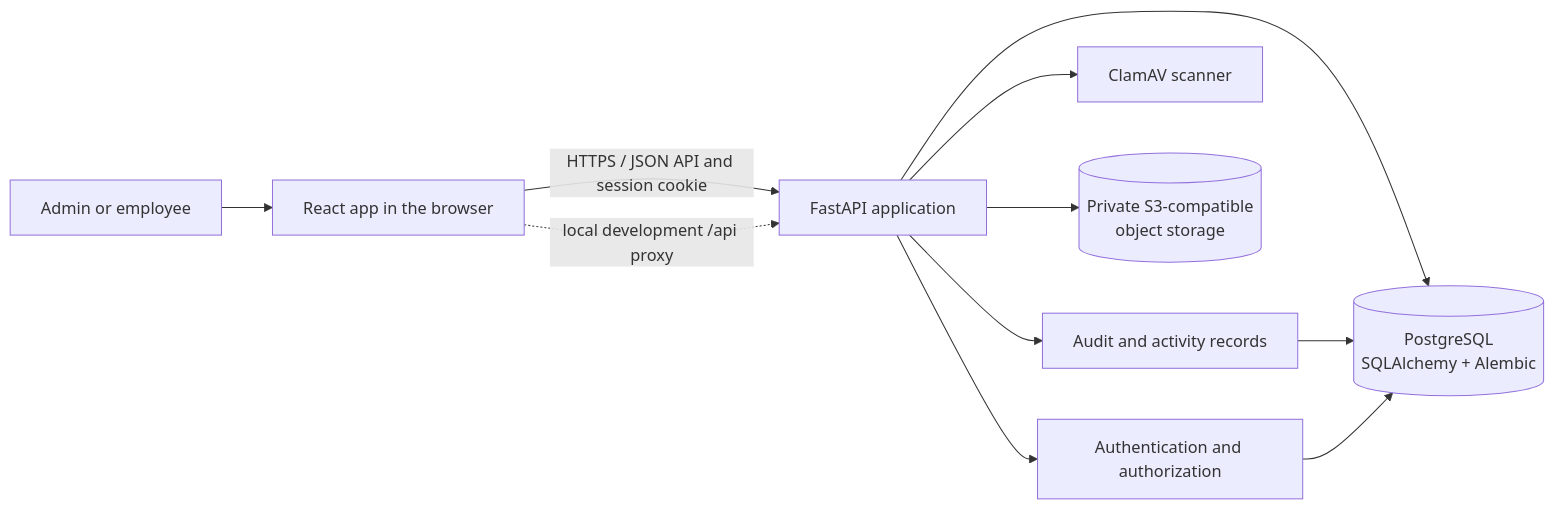
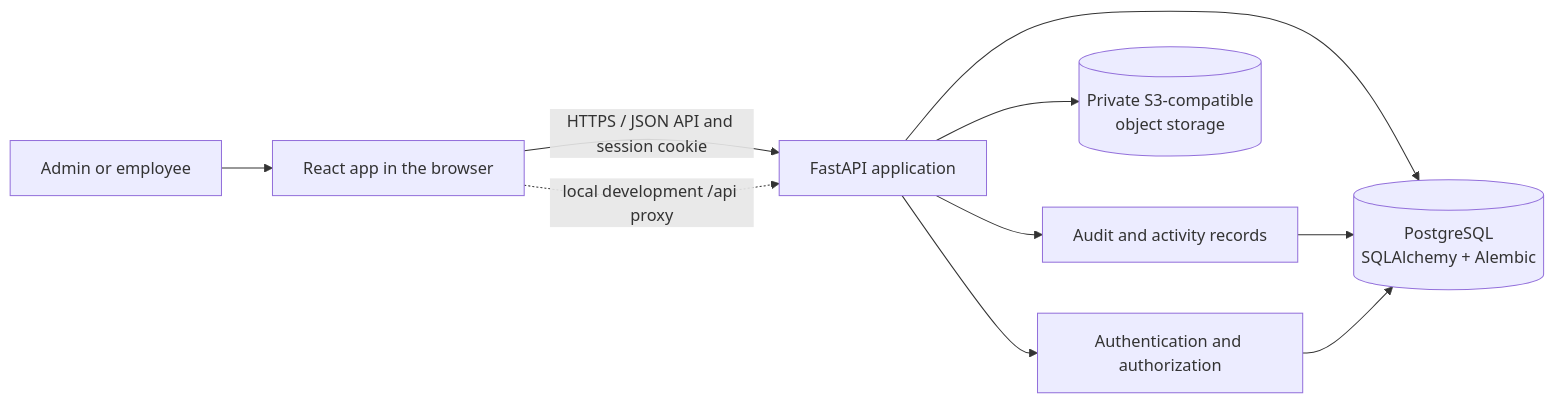
Before and after one commit to vinaykandimalla01/suredocs: the first of 2 diagrams in README.md, drawn with Mermaid. The commit also changed other lines of this file and 19 other files, not shown here.

````diff
--- a/README.md
+++ b/README.md
@@ -59,13 +54,12 @@
 ```mermaid
 flowchart LR
     User[Admin or employee] --> Browser[React app in the browser]
     Browser -->|HTTPS / JSON API and session cookie| API[FastAPI application]
     Browser -. local development /api proxy .-> API
     API --> Auth[Authentication and authorization]
     API --> DB[(PostgreSQL\nSQLAlchemy + Alembic)]
-    API --> Scan[ClamAV scanner]
     API --> Store[(Private S3-compatible\nobject storage)]
     API --> Audit[Audit and activity records]
     Audit --> DB
     Auth --> DB
 ```
````
